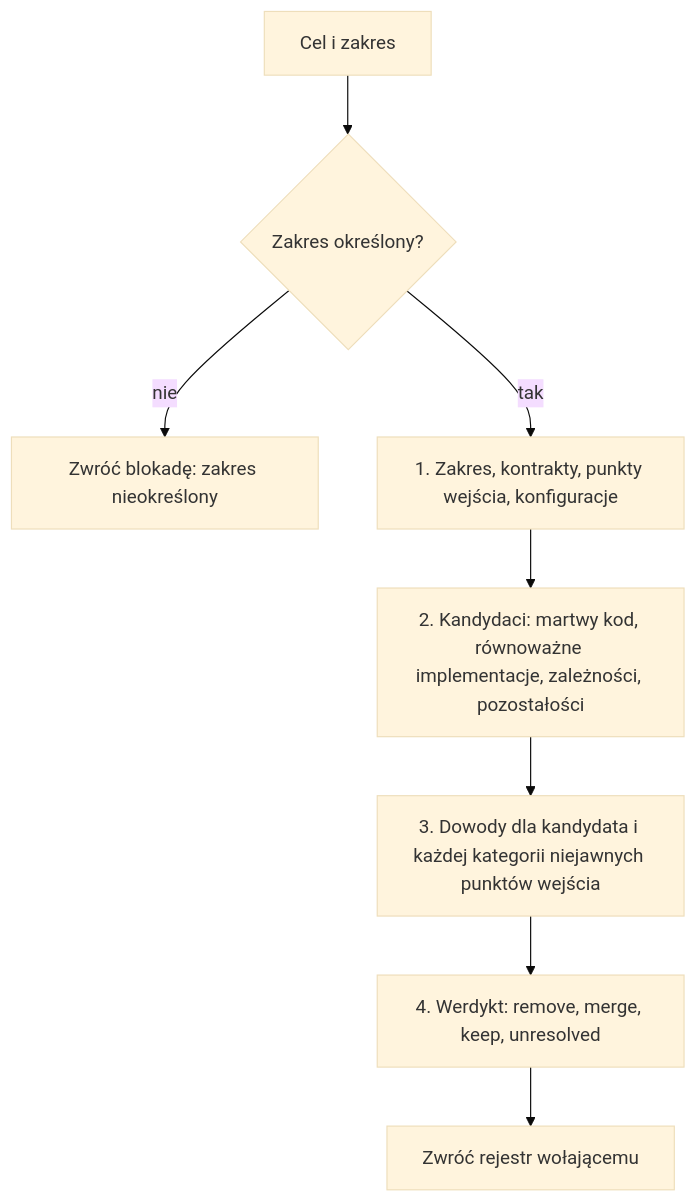
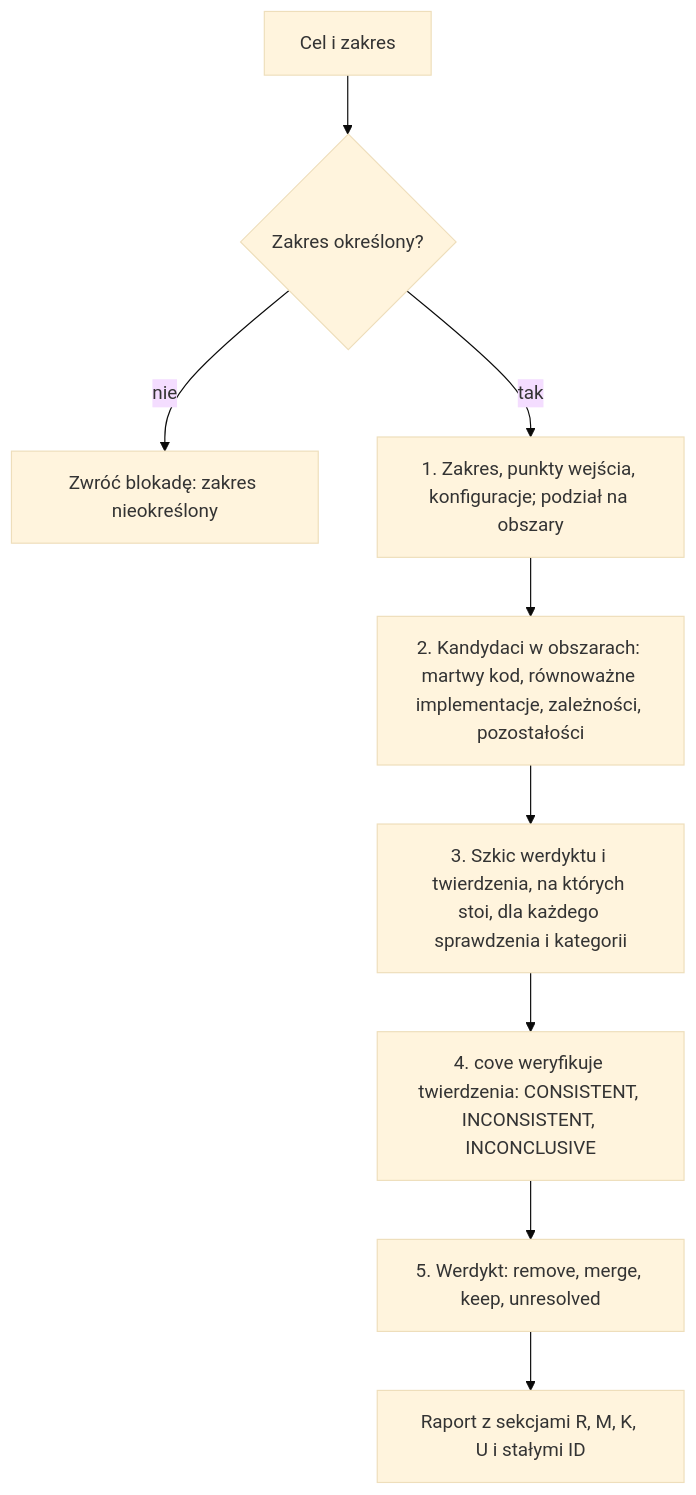
The first of 2 diagrams in plugins/adhoc-sdlc/skills/cleanup-codebase/README.pl.md (daniel-grabowski/adhoc-sdlc), drawn with Mermaid (base theme) before and after one commit. The commit also changed other lines of this file and 44 other files, not shown here.

````diff
--- a/plugins/adhoc-sdlc/skills/cleanup-codebase/README.pl.md
+++ b/plugins/adhoc-sdlc/skills/cleanup-codebase/README.pl.md
@@ -32,10 +39,11 @@
 ```mermaid
 flowchart TD
     I["Cel i zakres"] --> S{"Zakres określony?"}
     S -->|"nie"| B["Zwróć blokadę: zakres nieokreślony"]
-    S -->|"tak"| E["1. Zakres, kontrakty, punkty wejścia, konfiguracje"]
-    E --> C["2. Kandydaci: martwy kod, równoważne implementacje, zależności, pozostałości"]
-    C --> V["3. Dowody dla kandydata i każdej kategorii niejawnych punktów wejścia"]
-    V --> D["4. Werdykt: remove, merge, keep, unresolved"]
-    D --> R["Zwróć rejestr wołającemu"]
+    S -->|"tak"| E["1. Zakres, punkty wejścia, konfiguracje; podział na obszary"]
+    E --> C["2. Kandydaci w obszarach: martwy kod, równoważne implementacje, zależności, pozostałości"]
+    C --> D["3. Szkic werdyktu i twierdzenia, na których stoi, dla każdego sprawdzenia i kategorii"]
+    D --> V["4. cove weryfikuje twierdzenia: CONSISTENT, INCONSISTENT, INCONCLUSIVE"]
+    V --> W["5. Werdykt: remove, merge, keep, unresolved"]
+    W --> R["Raport z sekcjami R, M, K, U i stałymi ID"]
 ```
````
